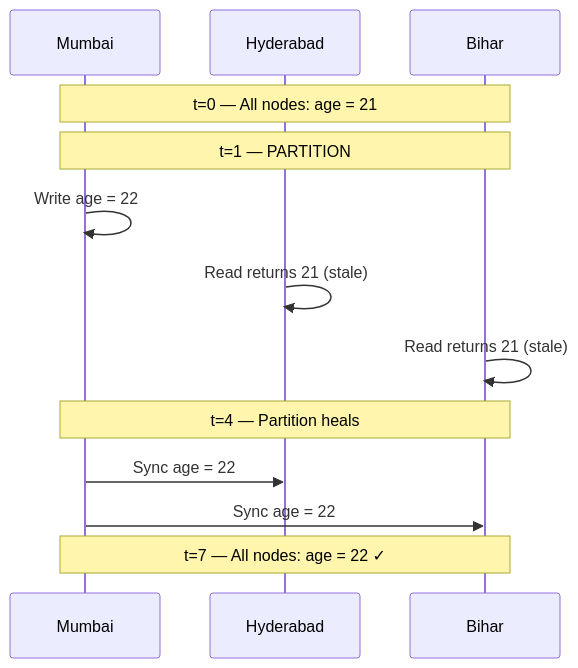
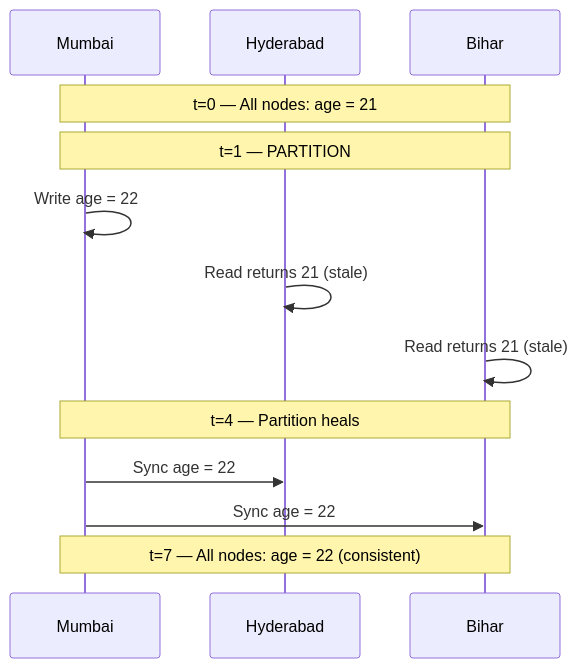
The third of 11 diagrams in Complete Fundamentals Notes/Part3.md (rajromil/System-Design), drawn with Mermaid before and after one commit. The commit also changed other lines of this file and 3 other files, not shown here.

````diff
--- a/Complete Fundamentals Notes/Part3.md
+++ b/Complete Fundamentals Notes/Part3.md
@@ -323,16 +323,16 @@
 ```mermaid
 sequenceDiagram
     participant M as Mumbai
     participant H as Hyderabad
     participant B as Bihar
 
     Note over M,B: t=0 — All nodes: age = 21
     Note over M,B: t=1 — PARTITION
     M->>M: Write age = 22
     H->>H: Read returns 21 (stale)
     B->>B: Read returns 21 (stale)
     Note over M,B: t=4 — Partition heals
     M->>H: Sync age = 22
     M->>B: Sync age = 22
-    Note over M,B: t=7 — All nodes: age = 22 ✓
+    Note over M,B: t=7 — All nodes: age = 22 (consistent)
 ```
````
